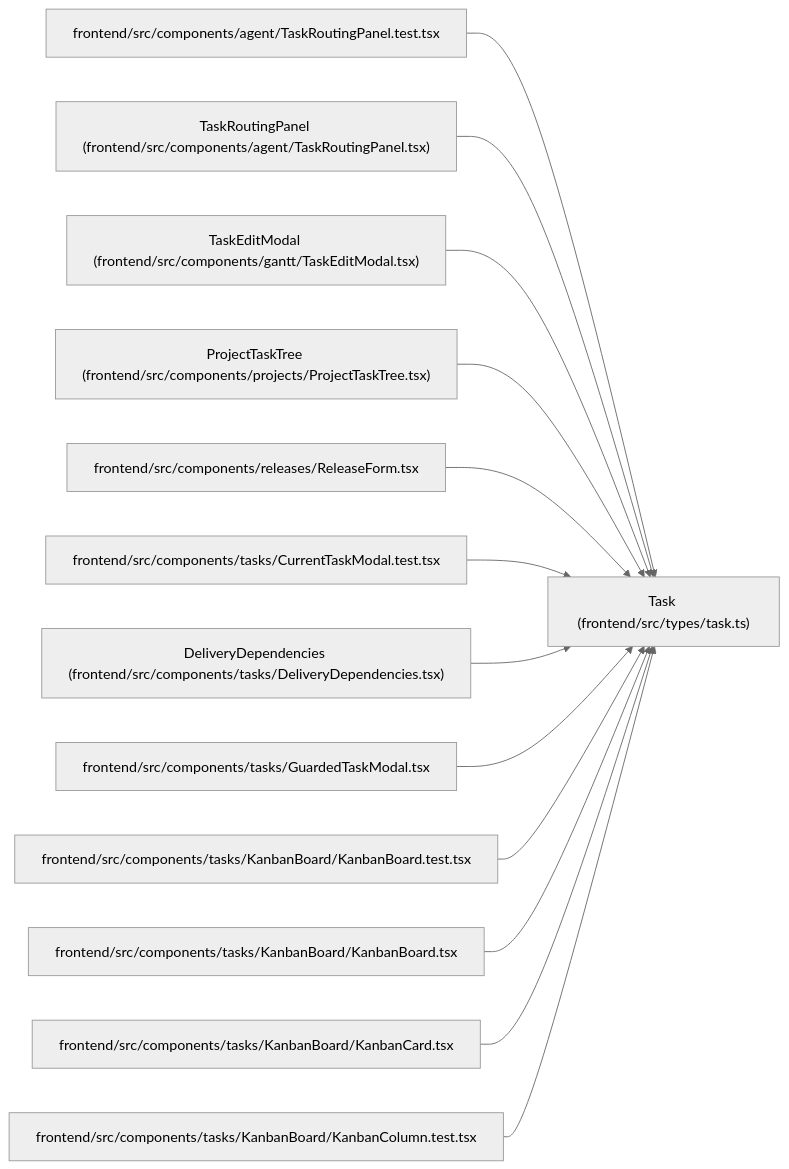
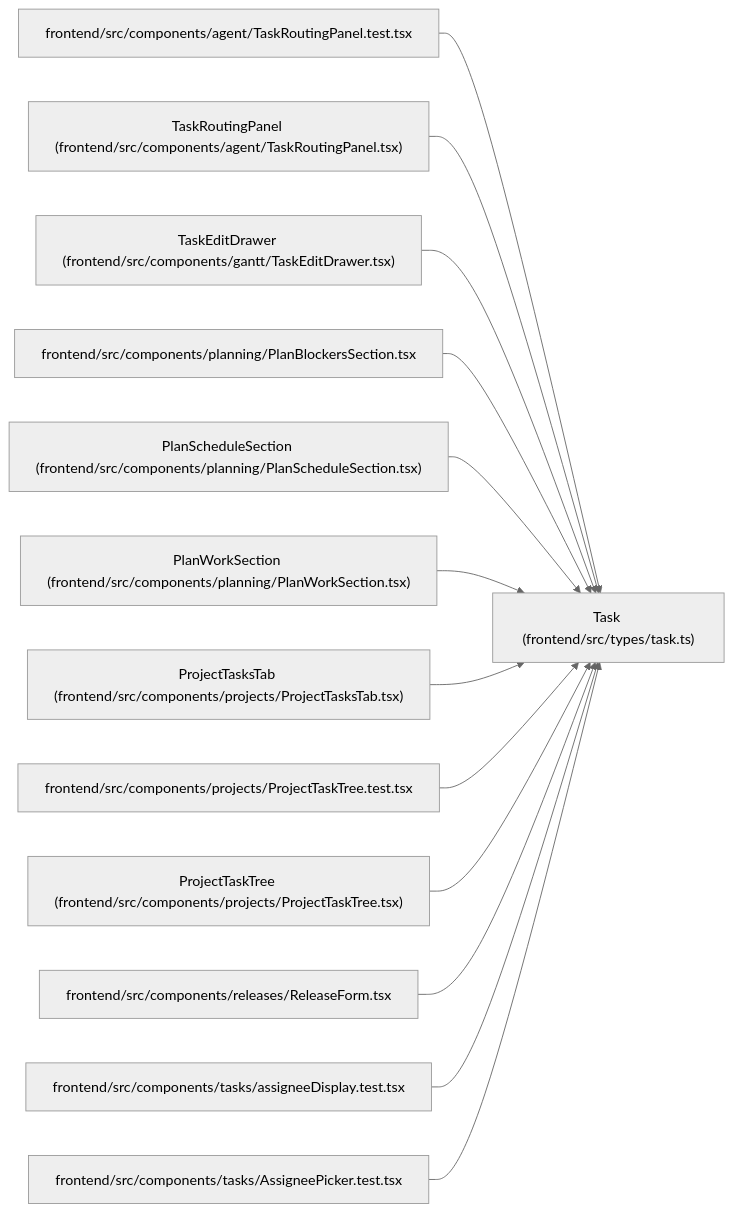
One commit to Denissvgn/WorkChord changed the diagram in docs/llm_wiki/entities/types_task_Task.md. Above: the diagram before and after it, drawn with Mermaid (neutral theme). The commit also changed other lines of this file and 2373 other files, not shown here.

````diff
--- a/docs/llm_wiki/entities/types_task_Task.md
+++ b/docs/llm_wiki/entities/types_task_Task.md
@@ -99,41 +99,41 @@
 ```mermaid
 flowchart LR
     n0["Task (frontend/src/types/task.ts)"]
     n1["frontend/src/components/agent/TaskRoutingPanel.test.tsx"]
     n2["TaskRoutingPanel (frontend/src/components/agent/TaskRoutingPanel.tsx)"]
-    n3["TaskEditModal (frontend/src/components/gantt/TaskEditModal.tsx)"]
-    n4["ProjectTaskTree (frontend/src/components/projects/ProjectTaskTree.tsx)"]
-    n5["frontend/src/components/releases/ReleaseForm.tsx"]
-    n6["frontend/src/components/tasks/CurrentTaskModal.test.tsx"]
-    n7["DeliveryDependencies (frontend/src/components/tasks/DeliveryDependencies.tsx)"]
-    n8["frontend/src/components/tasks/GuardedTaskModal.tsx"]
-    n9["frontend/src/components/tasks/KanbanBoard/KanbanBoard.test.tsx"]
-    n10["frontend/src/components/tasks/KanbanBoard/KanbanBoard.tsx"]
-    n11["frontend/src/components/tasks/KanbanBoard/KanbanCard.tsx"]
-    n12["frontend/src/components/tasks/KanbanBoard/KanbanColumn.test.tsx"]
+    n3["TaskEditDrawer (frontend/src/components/gantt/TaskEditDrawer.tsx)"]
+    n4["frontend/src/components/planning/PlanBlockersSection.tsx"]
+    n5["PlanScheduleSection (frontend/src/components/planning/PlanScheduleSection.tsx)"]
+    n6["PlanWorkSection (frontend/src/components/planning/PlanWorkSection.tsx)"]
+    n7["ProjectTasksTab (frontend/src/components/projects/ProjectTasksTab.tsx)"]
+    n8["frontend/src/components/projects/ProjectTaskTree.test.tsx"]
+    n9["ProjectTaskTree (frontend/src/components/projects/ProjectTaskTree.tsx)"]
+    n10["frontend/src/components/releases/ReleaseForm.tsx"]
+    n11["frontend/src/components/tasks/assigneeDisplay.test.tsx"]
+    n12["frontend/src/components/tasks/AssigneePicker.test.tsx"]
     n1 --> n0
     n2 --> n0
     n3 --> n0
     n4 --> n0
     n5 --> n0
     n6 --> n0
     n7 --> n0
     n8 --> n0
     n9 --> n0
     n10 --> n0
     n11 --> n0
     n12 --> n0
     click n0 "../modules/types_task.md"
     click n1 "../modules/TaskRoutingPanel.test.md"
     click n2 "../modules/TaskRoutingPanel.md"
-    click n3 "../modules/TaskEditModal.md"
-    click n4 "../modules/ProjectTaskTree.md"
-    click n5 "../modules/ReleaseForm.md"
-    click n6 "../modules/CurrentTaskModal.test.md"
-    click n7 "../modules/DeliveryDependencies.md"
-    click n8 "../modules/GuardedTaskModal.md"
-    click n9 "../modules/KanbanBoard.test.md"
-    click n10 "../modules/KanbanBoard.md"
-    click n11 "../modules/KanbanCard.md"
-    click n12 "../modules/KanbanColumn.test.md"
+    click n3 "../modules/TaskEditDrawer.md"
+    click n4 "../modules/PlanBlockersSection.md"
+    click n5 "../modules/PlanScheduleSection.md"
+    click n6 "../modules/PlanWorkSection.md"
+    click n7 "../modules/ProjectTasksTab.md"
+    click n8 "../modules/ProjectTaskTree.test.md"
+    click n9 "../modules/ProjectTaskTree.md"
+    click n10 "../modules/ReleaseForm.md"
+    click n11 "../modules/assigneeDisplay.test.md"
+    click n12 "../modules/AssigneePicker.test.md"
 ```
````
